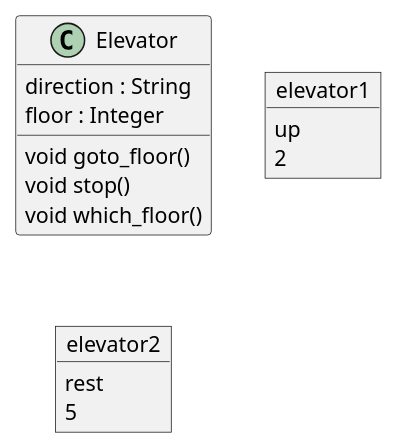
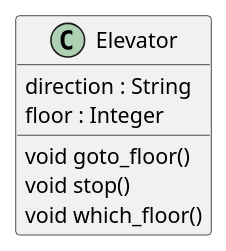
Before and after one commit to UPPMAX/programming_formalisms_intro: the first of 3 diagrams in doc/intro.md, drawn with PlantUML. The commit also changed other lines of this file, not shown here.

````diff
--- a/doc/intro.md
+++ b/doc/intro.md
@@ -77,23 +79,11 @@
 ```{uml}
 @startuml
 class Elevator{
   direction : String
   floor : Integer
   
   void goto_floor()
   void stop()
   void which_floor()
 }
-
-object elevator1{
-up
-2
-}
-object elevator2{
-rest
-5
-}
-
-@enduml
-
 ```
````
